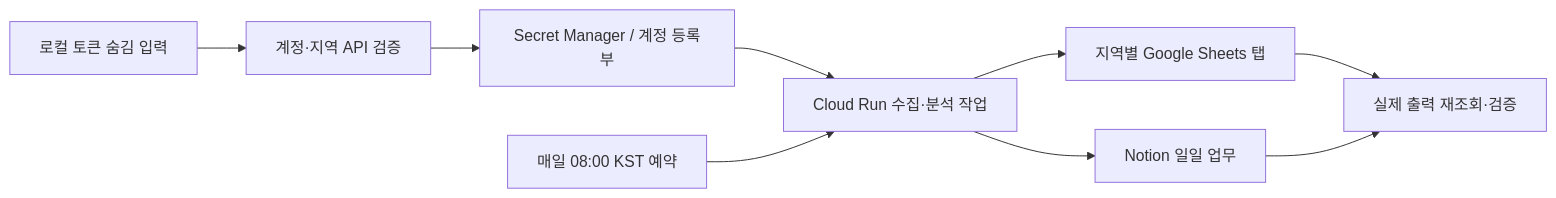
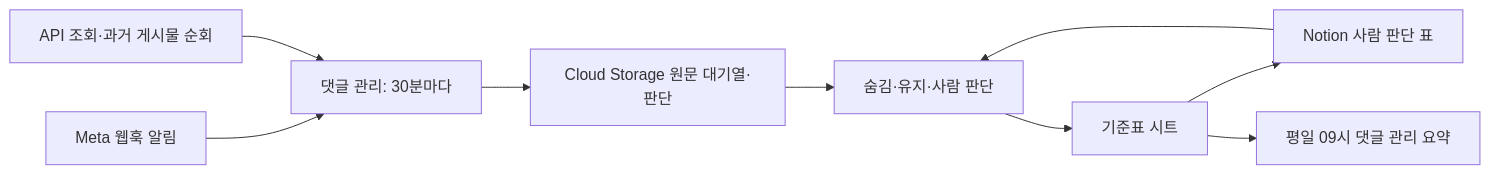
The diagram in README.md (madeone1/sns-comment-pipeline), drawn with Mermaid before and after one commit. The commit also changed other lines of this file and 17 other files, not shown here.

````diff
--- a/README.md
+++ b/README.md
@@ -9,11 +12,11 @@
 ```mermaid
 flowchart LR
-    A[로컬 토큰 숨김 입력] --> B[계정·지역 API 검증]
-    B --> C[Secret Manager / 계정 등록부]
-    C --> D[Cloud Run 수집·분석 작업]
-    E[매일 08:00 KST 예약] --> D
-    D --> F[지역별 Google Sheets 탭]
-    D --> G[Notion 일일 업무]
-    F --> H[실제 출력 재조회·검증]
-    G --> H
+    A[Meta 웹훅 알림] --> C[댓글 관리: 30분마다]
+    B[API 조회·과거 게시물 순회] --> C
+    C --> D[Cloud Storage 원문 대기열·판단]
+    D --> E[숨김·유지·사람 판단]
+    E --> F[기준표 시트]
+    F --> G[Notion 사람 판단 표]
+    G --> E
+    F --> H[평일 09시 댓글 관리 요약]
 ```
````
